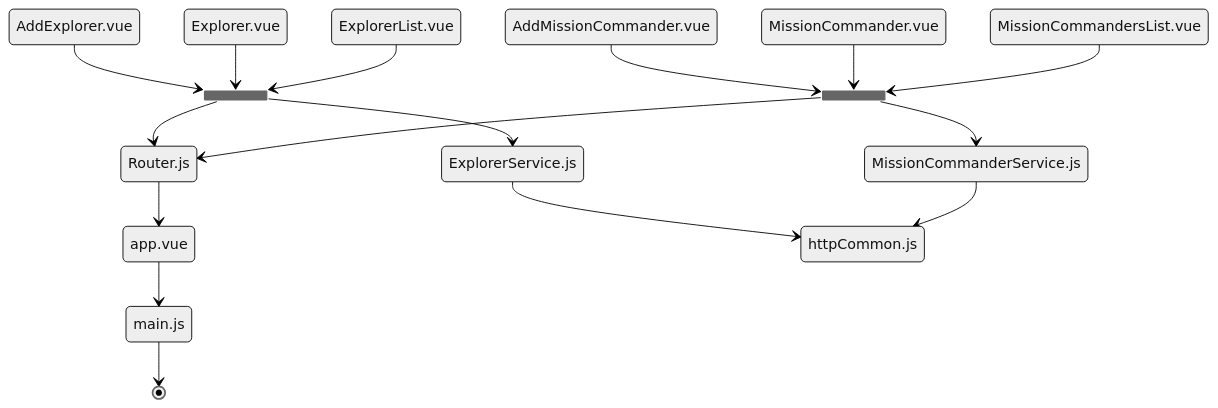
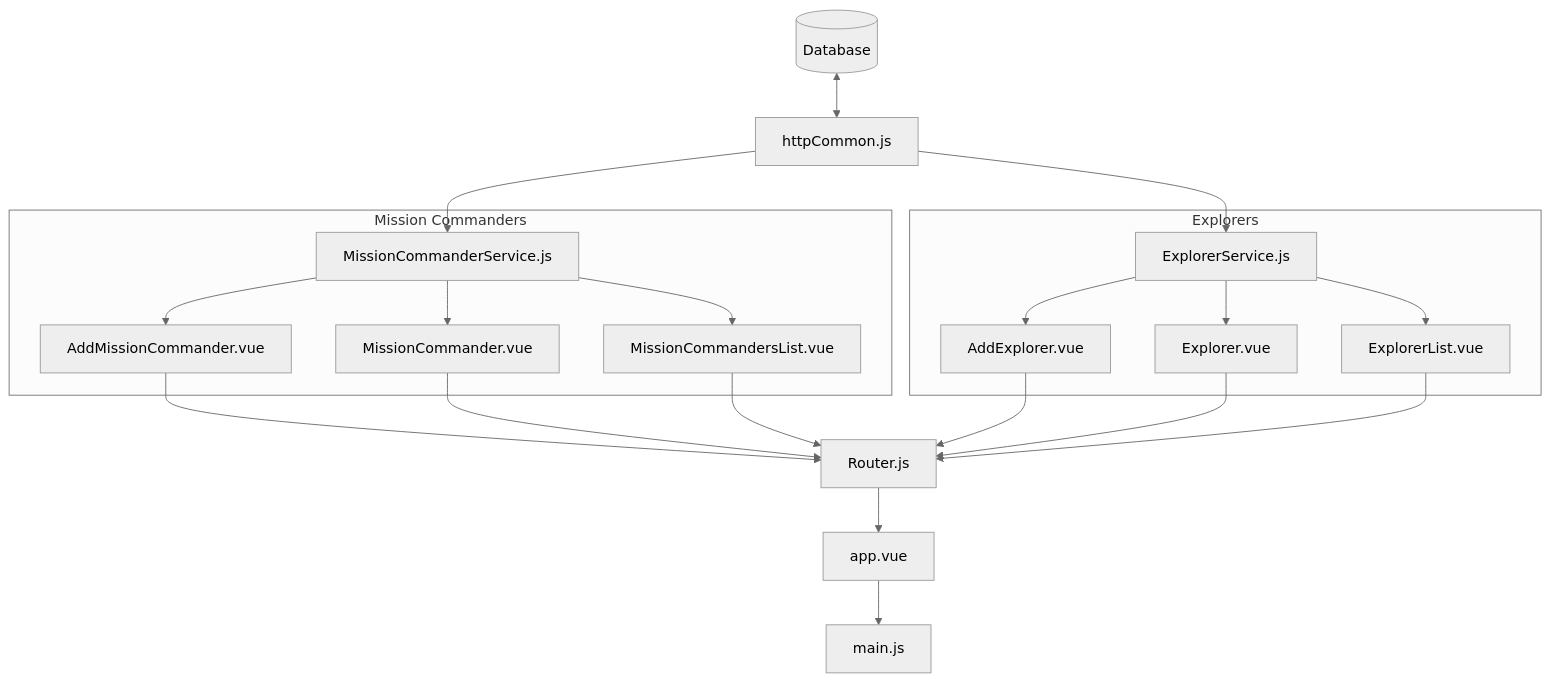
Before and after one commit to felixVelazco/client-launchx: the diagram in README.md, drawn with Mermaid (neutral theme).

````diff
--- a/README.md
+++ b/README.md
@@ -24,39 +24,34 @@
 ```mermaid
-stateDiagram-v2
+flowchart TD
 
-    state fork_state2 <<fork>>
-    state fork_state3 <<fork>>
+    DB[(Database)] <--> httpCommon.js
 
-    AddMissionCommander.vue --> fork_state3
-    MissionCommander.vue --> fork_state3
-    MissionCommandersList.vue --> fork_state3
+        httpCommon.js --> ExplorerService.js
+    subgraph Explorers
 
-    AddExplorer.vue --> fork_state2
-    Explorer.vue --> fork_state2
-    ExplorerList.vue --> fork_state2
+
+        ExplorerService.js --> AddExplorer.vue 
+        ExplorerService.js --> Explorer.vue
+        ExplorerService.js --> ExplorerList.vue
+    end
+    
+        httpCommon.js --> MissionCommanderService.js
+    subgraph Mission Commanders
+
+        MissionCommanderService.js --> AddMissionCommander.vue
+        MissionCommanderService.js --> MissionCommander.vue
+        MissionCommanderService.js --> MissionCommandersList.vue
+    end
+
+    AddMissionCommander.vue --> Router.js
+    MissionCommander.vue --> Router.js
+    MissionCommandersList.vue --> Router.js
+
+    AddExplorer.vue --> Router.js
+    Explorer.vue --> Router.js
+    ExplorerList.vue --> Router.js
 
     Router.js --> app.vue
     app.vue --> main.js
-    main.js --> [*]
-    
-    
-
-    fork_state2 --> Router.js
-    fork_state3 --> Router.js
-    
-    
-    
-    
-    ExplorerService.js --> httpCommon.js
-    MissionCommanderService.js --> httpCommon.js
-    
-    
-    fork_state2 --> ExplorerService.js
-    fork_state3 --> MissionCommanderService.js
-    
-
-    
-
- 
-    
+   
 ```
````
